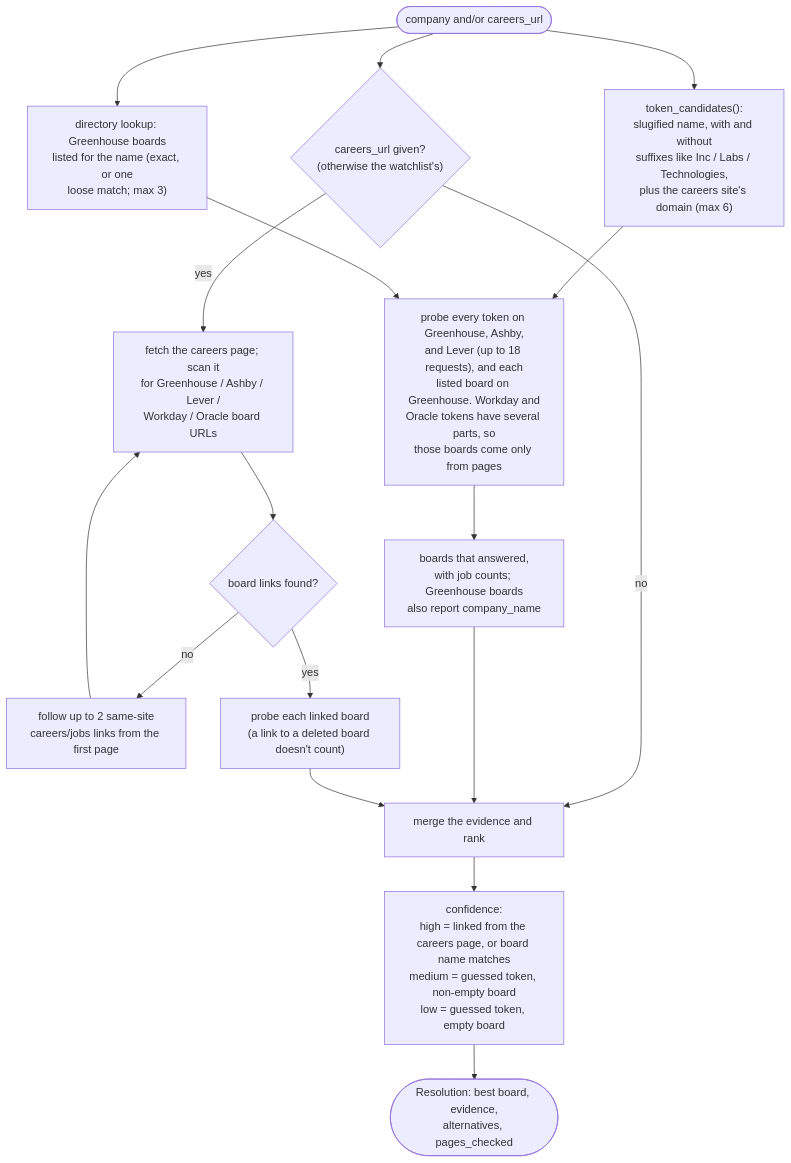
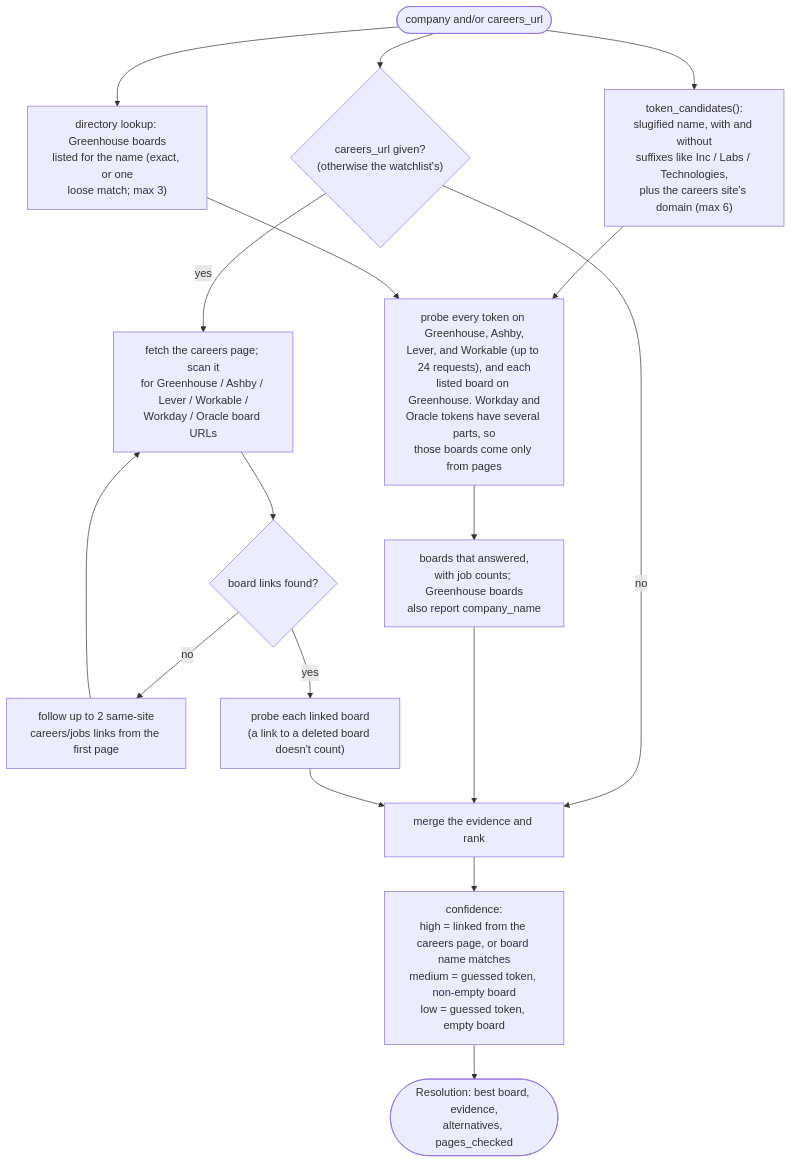
Before and after one commit to HakujouRyu/jobboard-mcp: the fifth of 7 diagrams in docs/architecture.md, drawn with Mermaid. The commit also changed other lines of this file and 25 other files, not shown here.

````diff
--- a/docs/architecture.md
+++ b/docs/architecture.md
@@ -268,21 +270,21 @@
 ```mermaid
 flowchart TD
     in(["company and/or careers_url"]) --> tokens["token_candidates():<br/>slugified name, with and without<br/>suffixes like Inc / Labs / Technologies,<br/>plus the careers site's domain (max 6)"]
     in --> page{"careers_url given?<br/>(otherwise the watchlist's)"}
     in --> listed["directory lookup: Greenhouse boards<br/>listed for the name (exact, or one<br/>loose match; max 3)"]
 
-    tokens --> probe["probe every token on Greenhouse, Ashby,<br/>and Lever (up to 18 requests), and each<br/>listed board on Greenhouse. Workday and<br/>Oracle tokens have several parts, so<br/>those boards come only from pages"]
+    tokens --> probe["probe every token on Greenhouse, Ashby,<br/>Lever, and Workable (up to 24 requests), and each<br/>listed board on Greenhouse. Workday and<br/>Oracle tokens have several parts, so<br/>those boards come only from pages"]
     listed --> probe
     probe --> answered["boards that answered,<br/>with job counts; Greenhouse boards<br/>also report company_name"]
 
-    page -- yes --> scan["fetch the careers page; scan it<br/>for Greenhouse / Ashby / Lever /<br/>Workday / Oracle board URLs"]
+    page -- yes --> scan["fetch the careers page; scan it<br/>for Greenhouse / Ashby / Lever / Workable /<br/>Workday / Oracle board URLs"]
     scan --> refs{"board links found?"}
     refs -- no --> follow["follow up to 2 same-site<br/>careers/jobs links from the first page"] --> scan
     refs -- yes --> verify["probe each linked board<br/>(a link to a deleted board doesn't count)"]
     page -- no --> merge
 
     answered --> merge["merge the evidence and rank"]
     verify --> merge
     merge --> conf["confidence:<br/>high = linked from the careers page, or board name matches<br/>medium = guessed token, non-empty board<br/>low = guessed token, empty board"]
     conf --> out(["Resolution: best board, evidence,<br/>alternatives, pages_checked"])
 ```
````
